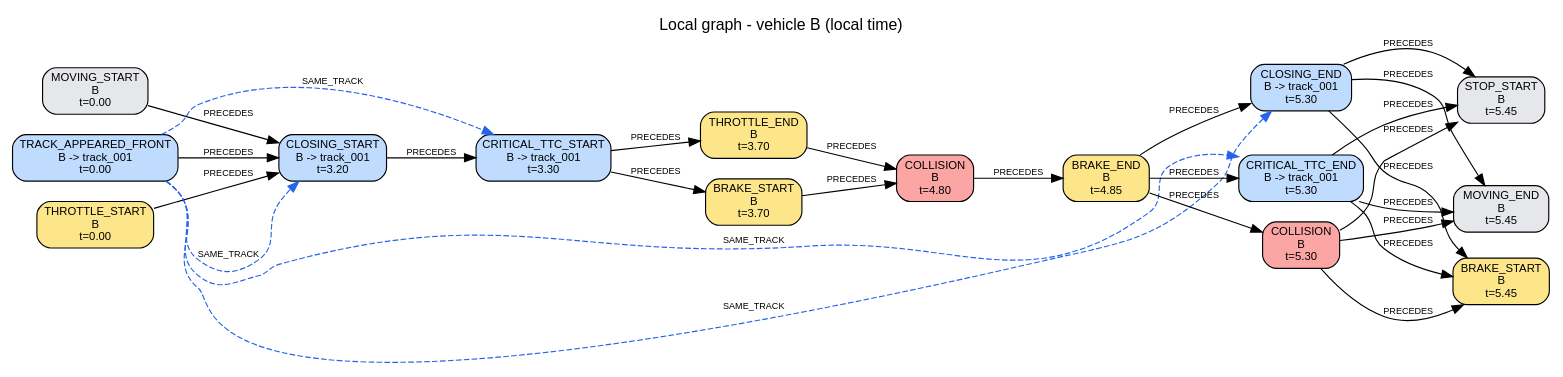
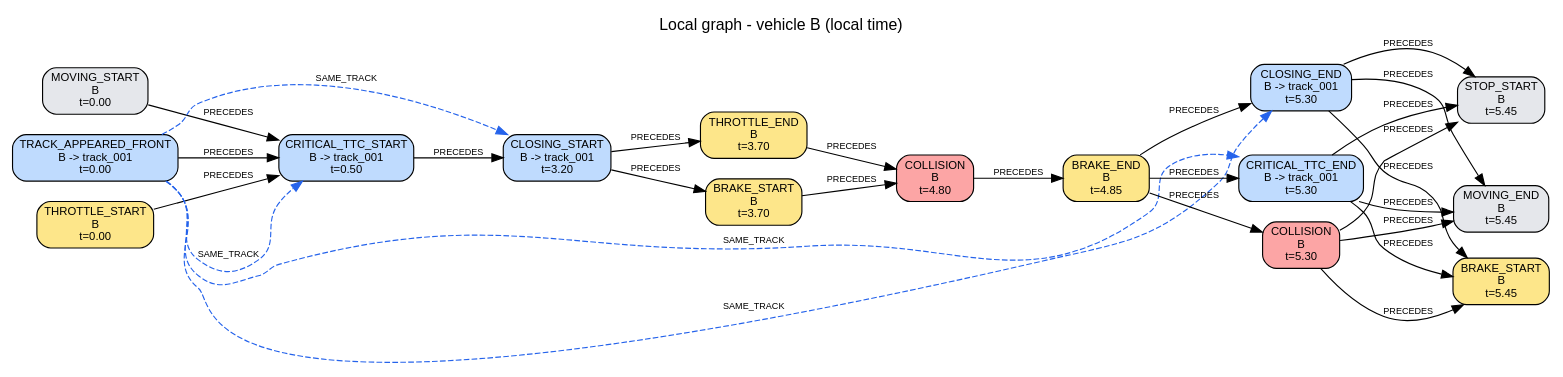
One commit to AndreaBedei1/causaldrive-forensics changed the diagram in traces/S06/run_0_a_front_pushed/reconstruction/B/local_graph.dot. Above: the diagram before and after it, drawn with Graphviz. The commit also changed 188 other files, not shown here.

```diff
--- a/traces/S06/run_0_a_front_pushed/reconstruction/B/local_graph.dot
+++ b/traces/S06/run_0_a_front_pushed/reconstruction/B/local_graph.dot
@@ -1,49 +1,49 @@
 digraph "local_B" {
   graph [rankdir=LR, labelloc=t, fontname=Helvetica, label="Local graph - vehicle B (local time)"];
   node [shape=box, style="rounded,filled", fontname=Helvetica, fontsize=10];
   edge [fontname=Helvetica, fontsize=8];
   "B:e01" [label="MOVING_START\nB\nt=0.00", fillcolor="#e5e7eb"];
   "B:e02" [label="THROTTLE_START\nB\nt=0.00", fillcolor="#fde68a"];
   "B:e03" [label="TRACK_APPEARED_FRONT\nB -> track_001\nt=0.00", fillcolor="#bfdbfe"];
-  "B:e04" [label="CLOSING_START\nB -> track_001\nt=3.20", fillcolor="#bfdbfe"];
-  "B:e05" [label="CRITICAL_TTC_START\nB -> track_001\nt=3.30", fillcolor="#bfdbfe"];
+  "B:e04" [label="CRITICAL_TTC_START\nB -> track_001\nt=0.50", fillcolor="#bfdbfe"];
+  "B:e05" [label="CLOSING_START\nB -> track_001\nt=3.20", fillcolor="#bfdbfe"];
   "B:e06" [label="THROTTLE_END\nB\nt=3.70", fillcolor="#fde68a"];
   "B:e07" [label="BRAKE_START\nB\nt=3.70", fillcolor="#fde68a"];
   "B:e08" [label="COLLISION\nB\nt=4.80", fillcolor="#fca5a5"];
   "B:e09" [label="BRAKE_END\nB\nt=4.85", fillcolor="#fde68a"];
   "B:e10" [label="COLLISION\nB\nt=5.30", fillcolor="#fca5a5"];
   "B:e11" [label="CRITICAL_TTC_END\nB -> track_001\nt=5.30", fillcolor="#bfdbfe"];
   "B:e12" [label="CLOSING_END\nB -> track_001\nt=5.30", fillcolor="#bfdbfe"];
   "B:e13" [label="MOVING_END\nB\nt=5.45", fillcolor="#e5e7eb"];
   "B:e14" [label="STOP_START\nB\nt=5.45", fillcolor="#e5e7eb"];
   "B:e15" [label="BRAKE_START\nB\nt=5.45", fillcolor="#fde68a"];
   {rank=same; "B:e01"; "B:e02"; "B:e03";}
   {rank=same; "B:e06"; "B:e07";}
   {rank=same; "B:e10"; "B:e11"; "B:e12";}
   {rank=same; "B:e13"; "B:e14"; "B:e15";}
   "B:e01" -> "B:e04" [label="PRECEDES"];
   "B:e02" -> "B:e04" [label="PRECEDES"];
   "B:e03" -> "B:e04" [label="PRECEDES"];
   "B:e04" -> "B:e05" [label="PRECEDES"];
   "B:e05" -> "B:e06" [label="PRECEDES"];
   "B:e05" -> "B:e07" [label="PRECEDES"];
   "B:e06" -> "B:e08" [label="PRECEDES"];
   "B:e07" -> "B:e08" [label="PRECEDES"];
   "B:e08" -> "B:e09" [label="PRECEDES"];
   "B:e09" -> "B:e10" [label="PRECEDES"];
   "B:e09" -> "B:e11" [label="PRECEDES"];
   "B:e09" -> "B:e12" [label="PRECEDES"];
   "B:e10" -> "B:e13" [label="PRECEDES"];
   "B:e10" -> "B:e14" [label="PRECEDES"];
   "B:e10" -> "B:e15" [label="PRECEDES"];
   "B:e11" -> "B:e13" [label="PRECEDES"];
   "B:e11" -> "B:e14" [label="PRECEDES"];
   "B:e11" -> "B:e15" [label="PRECEDES"];
   "B:e12" -> "B:e13" [label="PRECEDES"];
   "B:e12" -> "B:e14" [label="PRECEDES"];
   "B:e12" -> "B:e15" [label="PRECEDES"];
   "B:e03" -> "B:e04" [label="SAME_TRACK", style=dashed, color="#2563eb", constraint=false];
   "B:e03" -> "B:e05" [label="SAME_TRACK", style=dashed, color="#2563eb", constraint=false];
   "B:e03" -> "B:e11" [label="SAME_TRACK", style=dashed, color="#2563eb", constraint=false];
   "B:e03" -> "B:e12" [label="SAME_TRACK", style=dashed, color="#2563eb", constraint=false];
 }
```
